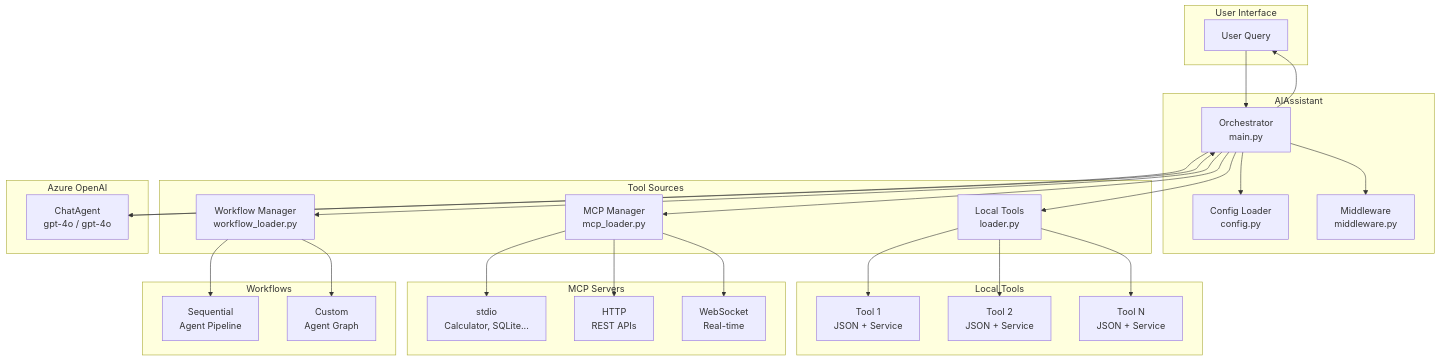
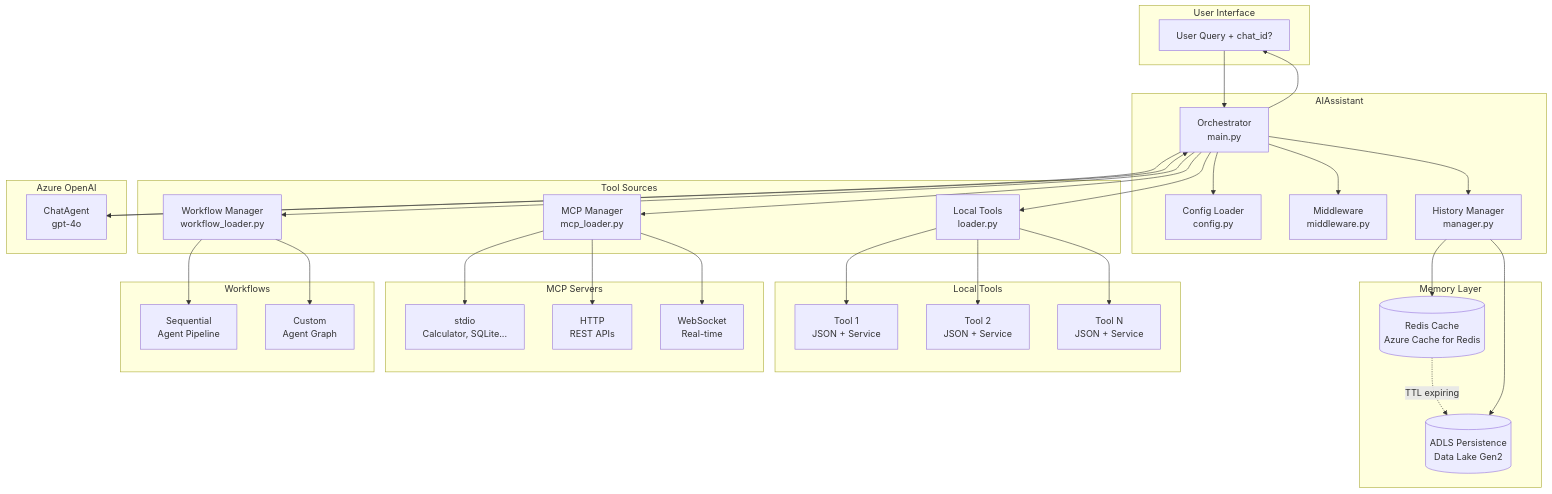
Before and after one commit to Scientialibera/MSFT-AGENT-FRAMEWORK: the diagram in README.md, drawn with Mermaid.

Commit message:
docs: update README diagram with Memory Layer (Redis + ADLS)

````diff
--- a/README.md
+++ b/README.md
@@ -9,57 +9,67 @@
 ```mermaid
 graph TB
     subgraph "User Interface"
-        U[User Query]
+        U[User Query + chat_id?]
     end
     
     subgraph "AIAssistant"
         O[Orchestrator<br/>main.py]
         C[Config Loader<br/>config.py]
         M[Middleware<br/>middleware.py]
+        H[History Manager<br/>manager.py]
+    end
+    
+    subgraph "Memory Layer"
+        RC[(Redis Cache<br/>Azure Cache for Redis)]
+        AP[(ADLS Persistence<br/>Data Lake Gen2)]
     end
     
     subgraph "Tool Sources"
         L[Local Tools<br/>loader.py]
         MCP[MCP Manager<br/>mcp_loader.py]
         W[Workflow Manager<br/>workflow_loader.py]
     end
     
     subgraph "Local Tools"
         T1[Tool 1<br/>JSON + Service]
         T2[Tool 2<br/>JSON + Service]
         TN[Tool N<br/>JSON + Service]
     end
     
     subgraph "MCP Servers"
         MS1[stdio<br/>Calculator, SQLite...]
         MS2[HTTP<br/>REST APIs]
         MS3[WebSocket<br/>Real-time]
     end
     
     subgraph "Workflows"
         WS[Sequential<br/>Agent Pipeline]
         WC[Custom<br/>Agent Graph]
     end
     
     subgraph "Azure OpenAI"
-        AO[ChatAgent<br/>gpt-4o / gpt-4o]
+        AO[ChatAgent<br/>gpt-4o]
     end
     
     U --> O
     O --> C
     O --> M
+    O --> H
+    H --> RC
+    RC -.->|TTL expiring| AP
+    H --> AP
     O --> L
     O --> MCP
     O --> W
     L --> T1
     L --> T2
     L --> TN
     MCP --> MS1
     MCP --> MS2
     MCP --> MS3
     W --> WS
     W --> WC
     O --> AO
     AO --> O
     O --> U
 ```
````
